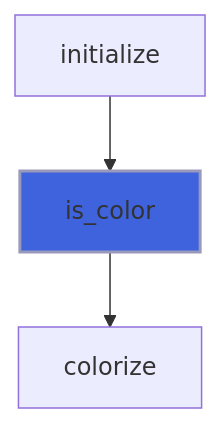
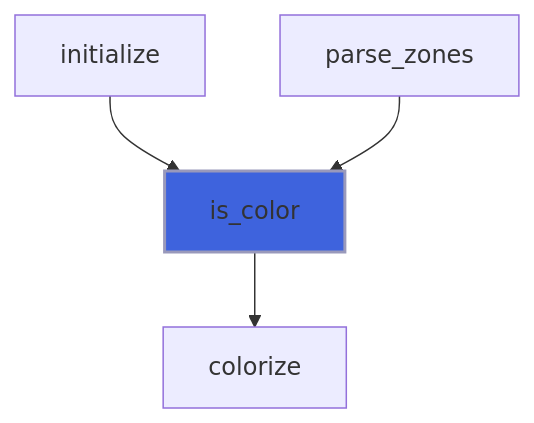
One commit to szaghi/forbear changed the sixth of 7 diagrams in docs/api/src/lib/forbear_element_object.md. Above: the diagram before and after it, drawn with Mermaid. The commit also changed 21 other files, not shown here.

````diff
--- a/docs/api/src/lib/forbear_element_object.md
+++ b/docs/api/src/lib/forbear_element_object.md
@@ -189,6 +189,7 @@
 ```mermaid
 flowchart TD
   initialize["initialize"] --> is_color["is_color"]
+  parse_zones["parse_zones"] --> is_color["is_color"]
   is_color["is_color"] --> colorize["colorize"]
   style is_color fill:#3e63dd,stroke:#99b,stroke-width:2px
 ```
````
